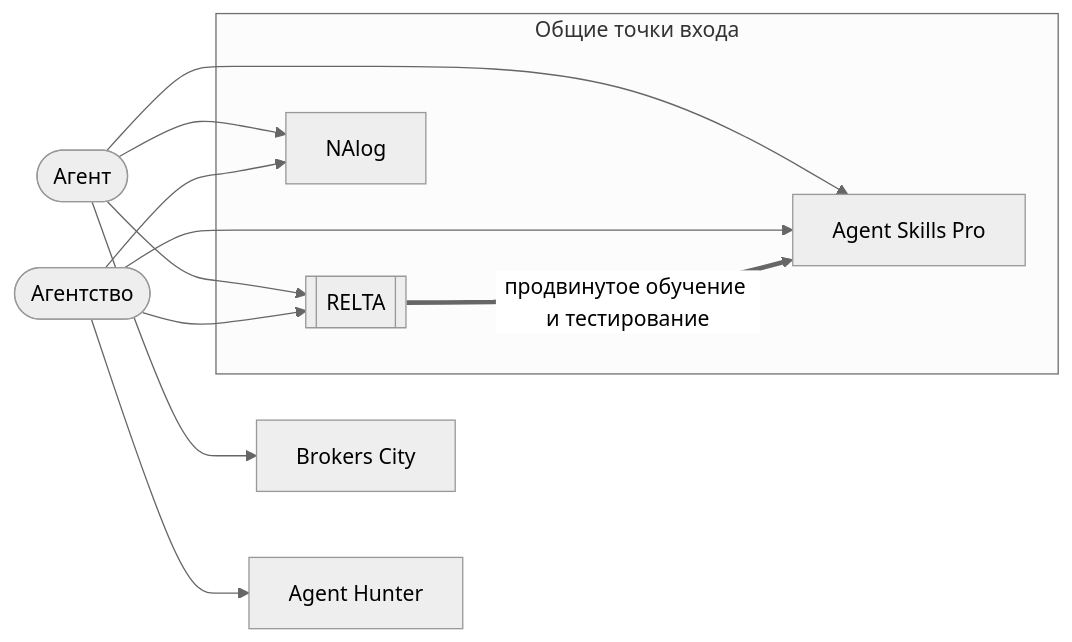
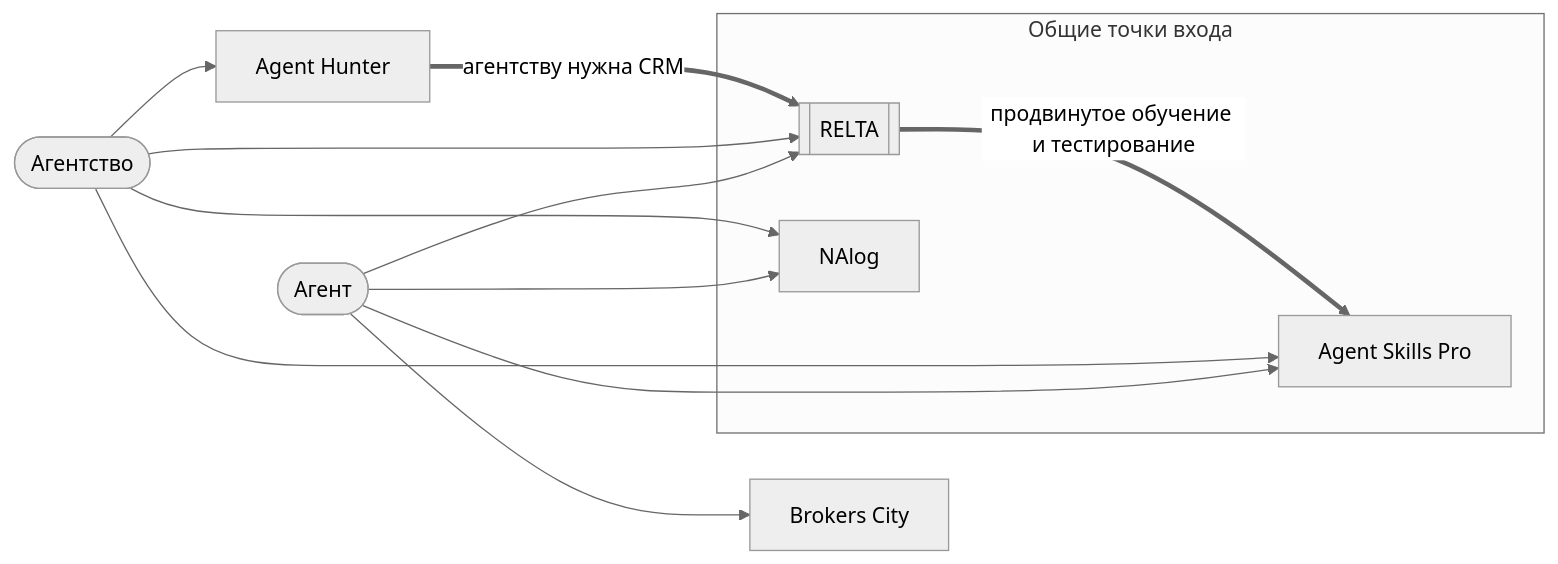
Before and after one commit to dkuplevatskij/AI-Executive-Team: the first of 4 diagrams in reports/decisions/2026-11-02-ecosystem.md, drawn with Mermaid (neutral theme). The commit also changed other lines of this file and 1 other file, not shown here.

Commit message:
D-014: Agent Hunter передаёт в RELTA агентства, которым нужна CRM
Claude-Session: https://claude.ai/code/session_01KgGZpKFpweJmVqxVqDs5bx

````diff
--- a/reports/decisions/2026-11-02-ecosystem.md
+++ b/reports/decisions/2026-11-02-ecosystem.md
@@ -37,15 +37,16 @@
 ```mermaid
 flowchart LR
   A([Агент])
   G([Агентство])
   subgraph S [Общие точки входа]
     R[[RELTA]]
     N[NAlog]
     K[Agent Skills Pro]
   end
   B[Brokers City]
   H[Agent Hunter]
   A --> R & N & K & B
   G --> R & H & N & K
   R ==>|продвинутое обучение и тестирование| K
+  H ==>|агентству нужна CRM| R
 ```
````
